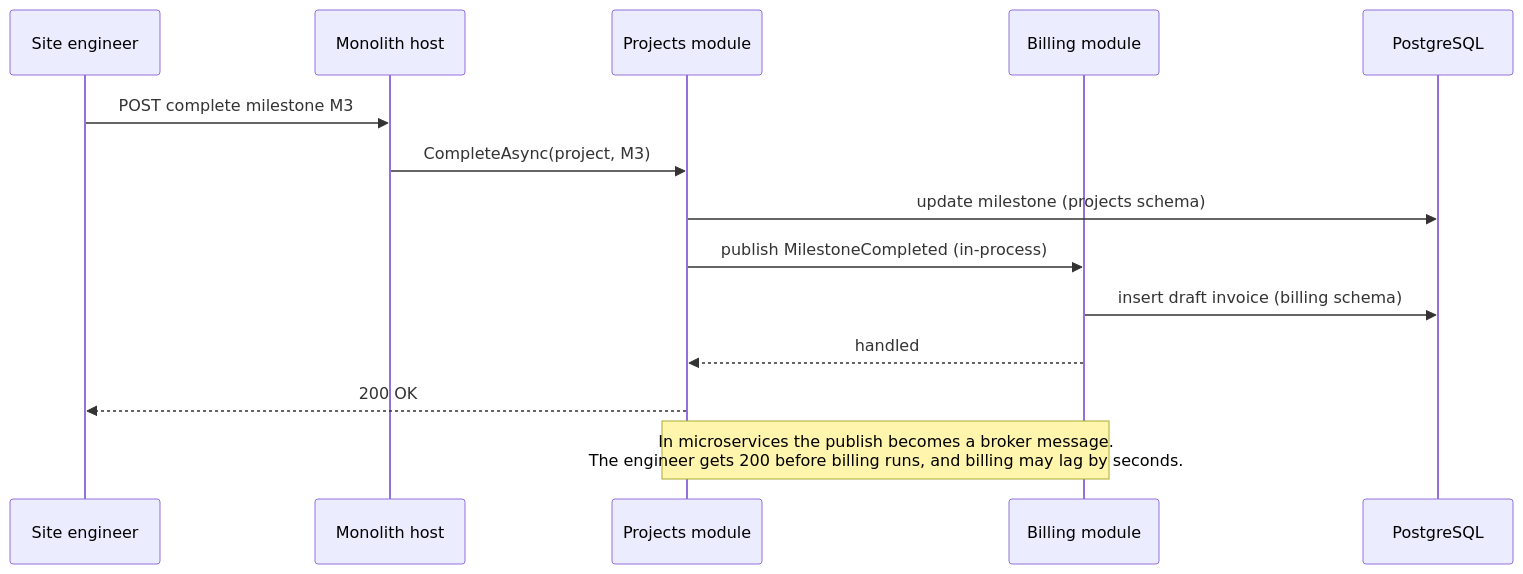
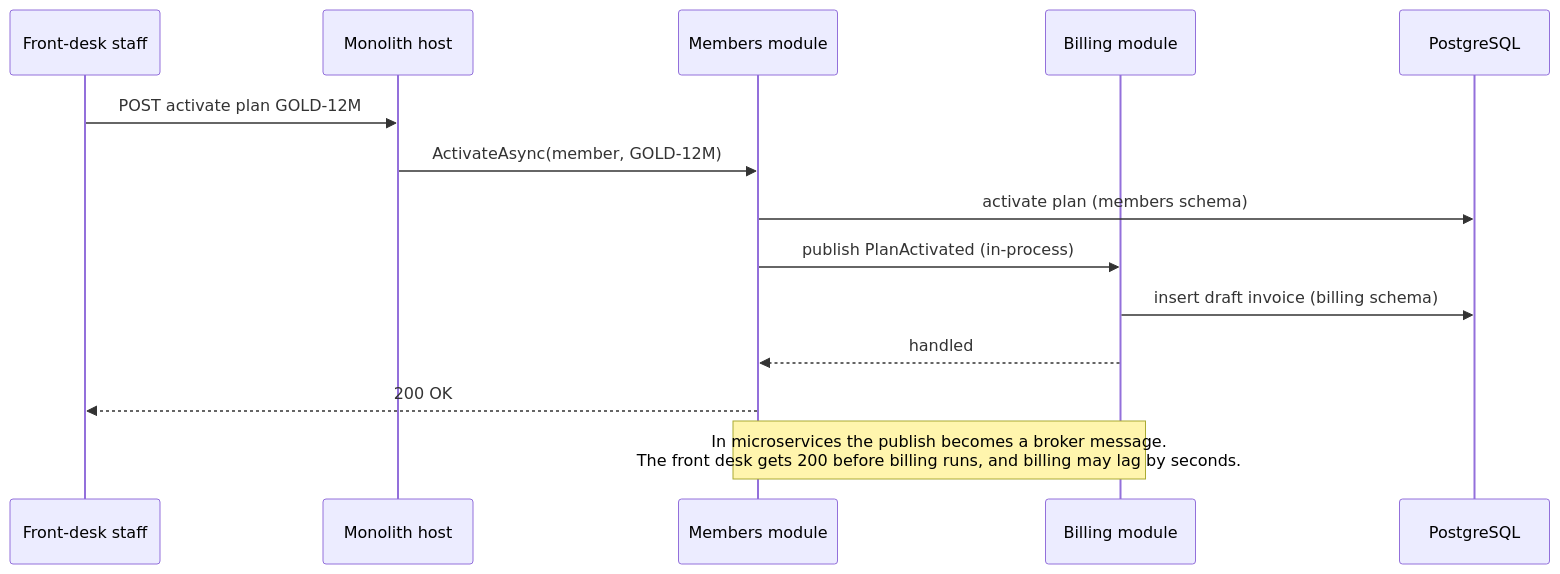
Before and after one commit to rizwi0786/system-design-lab: the second of 2 diagrams in content/lessons/m16/m16-monolith-vs-microservices.md, drawn with Mermaid. The commit also changed other lines of this file and 334 other files, not shown here.

````diff
--- a/content/lessons/m16/m16-monolith-vs-microservices.md
+++ b/content/lessons/m16/m16-monolith-vs-microservices.md
@@ -222,16 +224,16 @@
 ```mermaid
 sequenceDiagram
-    participant U as Site engineer
+    participant U as Front-desk staff
     participant H as Monolith host
-    participant P as Projects module
+    participant P as Members module
     participant B as Billing module
     participant DB as PostgreSQL
-    U->>H: POST complete milestone M3
-    H->>P: CompleteAsync(project, M3)
-    P->>DB: update milestone (projects schema)
-    P->>B: publish MilestoneCompleted (in-process)
+    U->>H: POST activate plan GOLD-12M
+    H->>P: ActivateAsync(member, GOLD-12M)
+    P->>DB: activate plan (members schema)
+    P->>B: publish PlanActivated (in-process)
     B->>DB: insert draft invoice (billing schema)
     B-->>P: handled
     P-->>U: 200 OK
-    Note over P,B: In microservices the publish becomes a broker message.<br/>The engineer gets 200 before billing runs, and billing may lag by seconds.
+    Note over P,B: In microservices the publish becomes a broker message.<br/>The front desk gets 200 before billing runs, and billing may lag by seconds.
 ```
````
